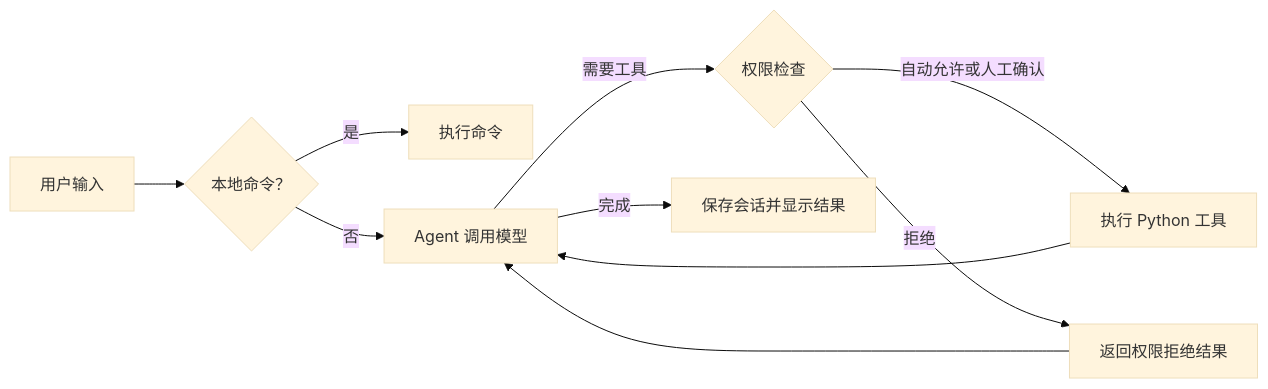
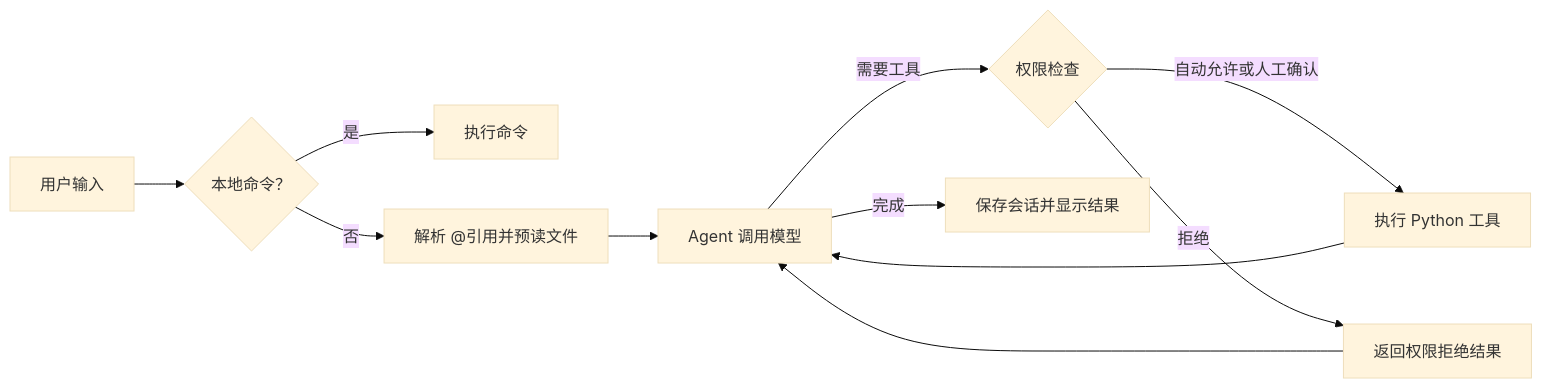
The diagram in README.md (ranjianghong526-hash/coding-agent-cli), drawn with Mermaid (base theme) before and after one commit. The commit also changed other lines of this file and 6 other files, not shown here.

````diff
--- a/README.md
+++ b/README.md
@@ -214,12 +239,13 @@
 ```mermaid
 flowchart LR
     A[用户输入] --> B{本地命令？}
     B -->|是| C[执行命令]
-    B -->|否| D[Agent 调用模型]
+    B -->|否| M[解析 @引用并预读文件]
+    M --> D[Agent 调用模型]
     D -->|需要工具| P{权限检查}
     P -->|自动允许或人工确认| E[执行 Python 工具]
     P -->|拒绝| R[返回权限拒绝结果]
     R --> D
     E --> D
     D -->|完成| F[保存会话并显示结果]
 ```
````
